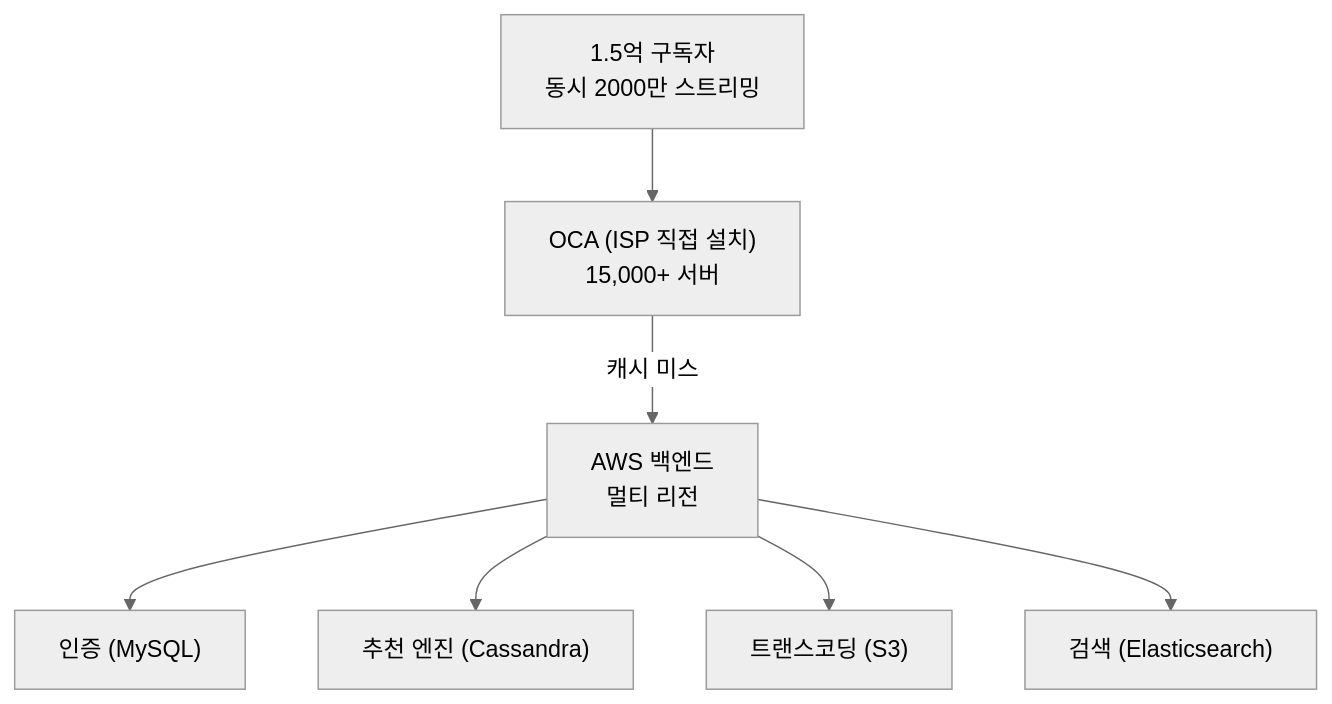
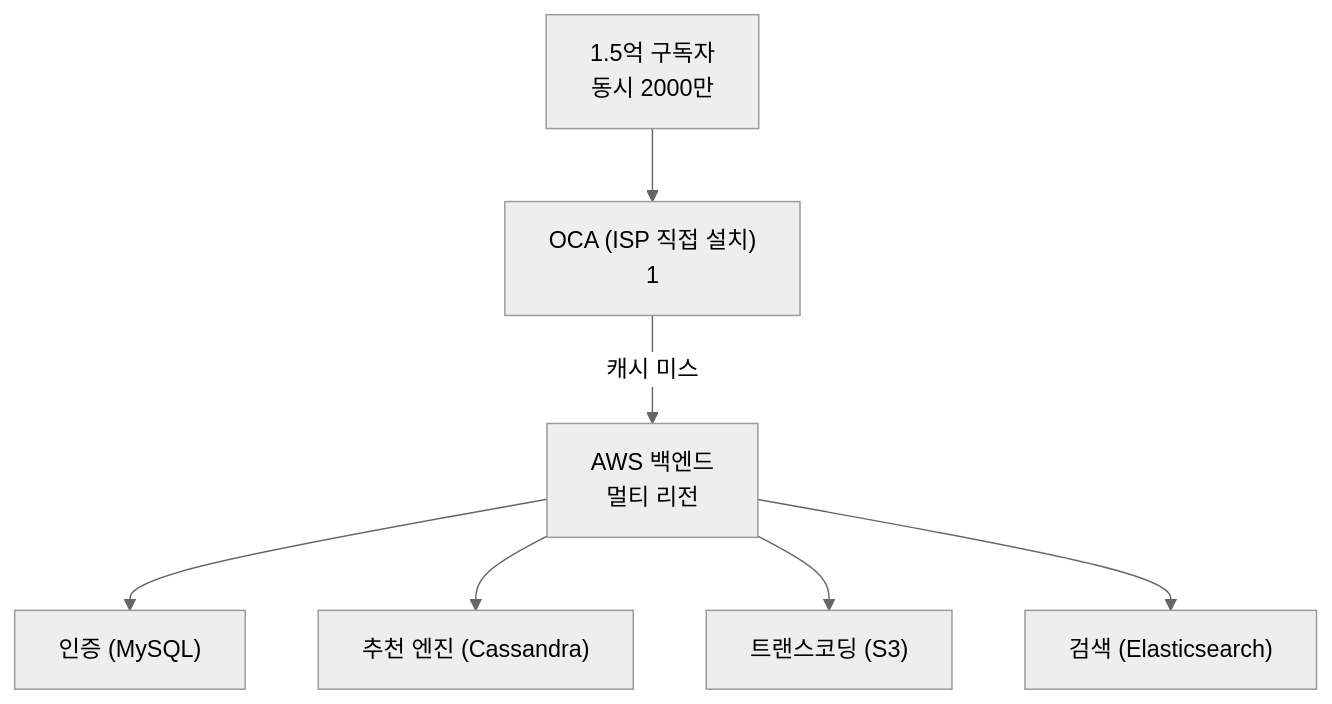
Diagram 17 of 17 in _posts/systemdesign/2026-05-02-system-design-fundamentals.md (yjkim2015/yjkim2015.github.io), drawn with Mermaid (neutral theme) before and after one commit. The commit also changed other lines of this file and 271 other files, not shown here.

First line of the commit message:
Mermaid 라벨 축소: 긴 노드 텍스트 18자 이하로 트림 + \n 제거

````diff
--- a/_posts/systemdesign/2026-05-02-system-design-fundamentals.md
+++ b/_posts/systemdesign/2026-05-02-system-design-fundamentals.md
@@ -584,9 +584,9 @@
 ```mermaid
 graph TD
-    User["1.5억 구독자\n동시 2000만 스트리밍"] --> OCA["OCA (ISP 직접 설치)\n15,000+ 서버"]
+    User["1.5억 구독자\n동시 2000만"] --> OCA["OCA (ISP 직접 설치)\n1"]
     OCA -->|캐시 미스| AWS["AWS 백엔드\n멀티 리전"]
     AWS --> Auth["인증 (MySQL)"]
     AWS --> Recommend["추천 엔진 (Cassandra)"]
     AWS --> Transcode["트랜스코딩 (S3)"]
     AWS --> Search["검색 (Elasticsearch)"]
 ```
````
